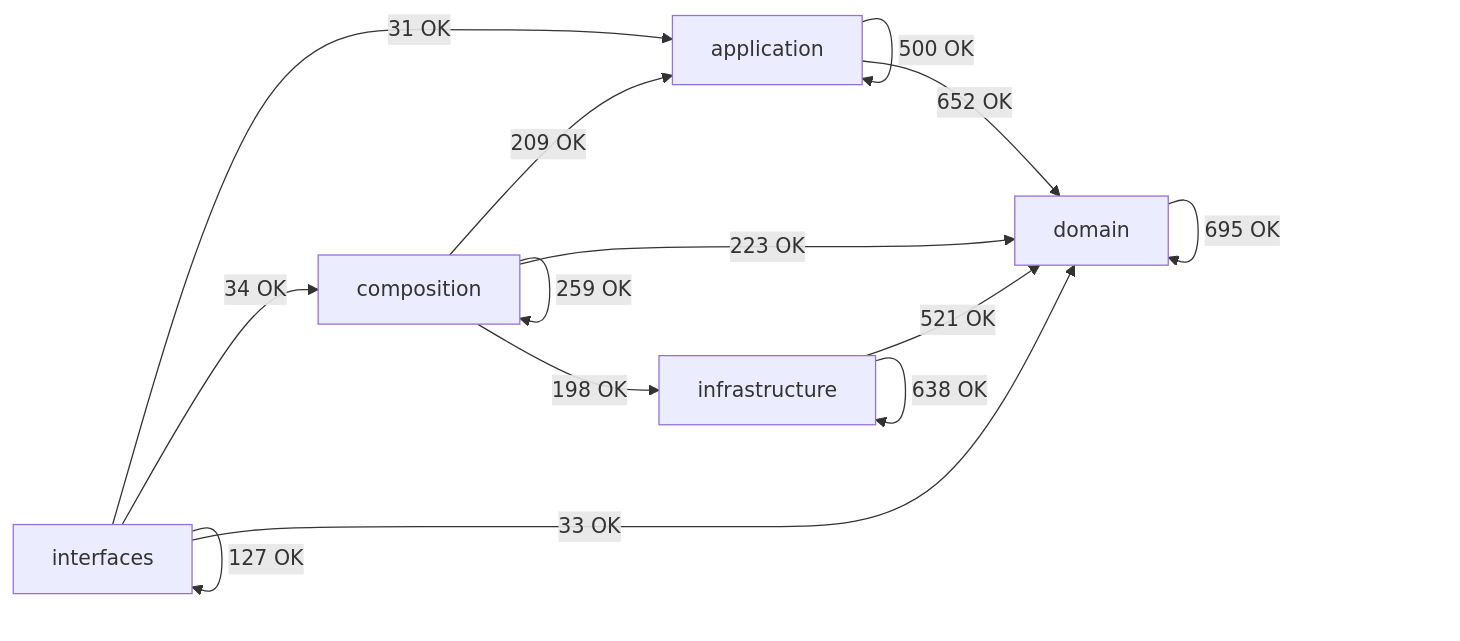
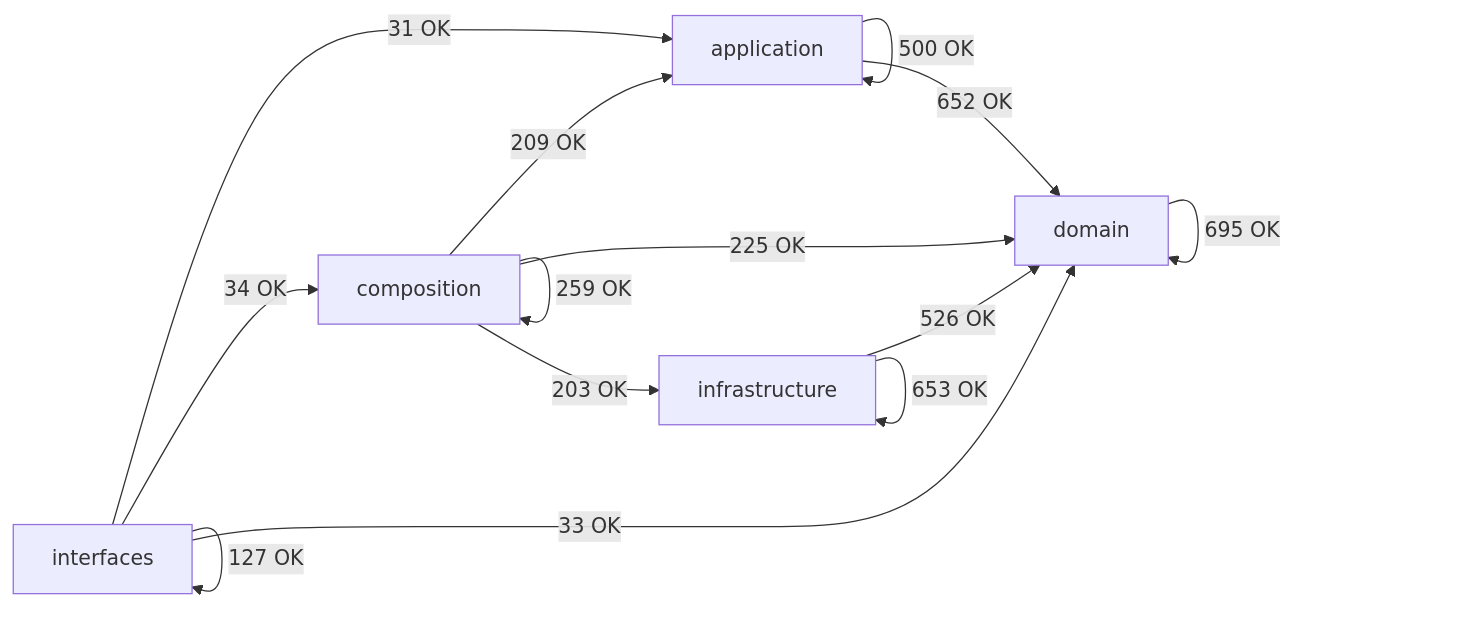
Before and after one commit to SatoryKono/BioactivityDataAcquisition: the diagram in docs/02-architecture/generated/module-dependency-map.md, drawn with Mermaid. The commit also changed other lines of this file and 18 other files, not shown here.

````diff
--- a/docs/02-architecture/generated/module-dependency-map.md
+++ b/docs/02-architecture/generated/module-dependency-map.md
@@ -16,21 +16,21 @@
 ```mermaid
 flowchart LR
     domain[domain]
     application[application]
     infrastructure[infrastructure]
     composition[composition]
     interfaces[interfaces]
     application -->|500 OK| application
     application -->|652 OK| domain
     composition -->|209 OK| application
     composition -->|259 OK| composition
-    composition -->|223 OK| domain
-    composition -->|198 OK| infrastructure
+    composition -->|225 OK| domain
+    composition -->|203 OK| infrastructure
     domain -->|695 OK| domain
-    infrastructure -->|521 OK| domain
-    infrastructure -->|638 OK| infrastructure
+    infrastructure -->|526 OK| domain
+    infrastructure -->|653 OK| infrastructure
     interfaces -->|31 OK| application
     interfaces -->|34 OK| composition
     interfaces -->|33 OK| domain
     interfaces -->|127 OK| interfaces
 ```
````
